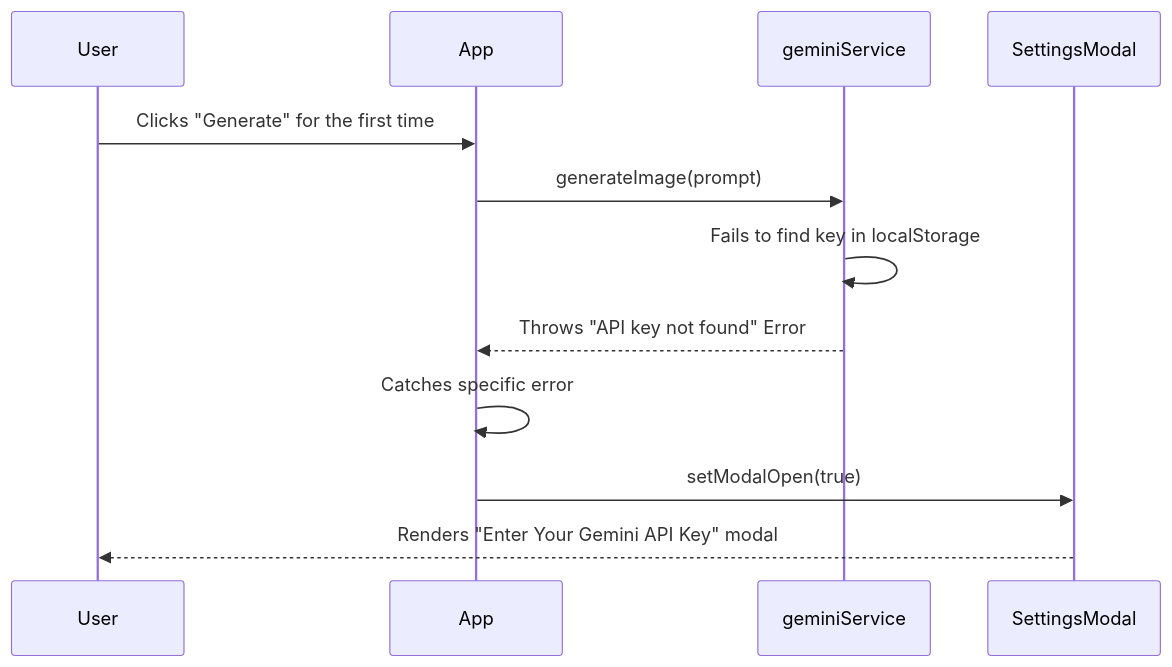
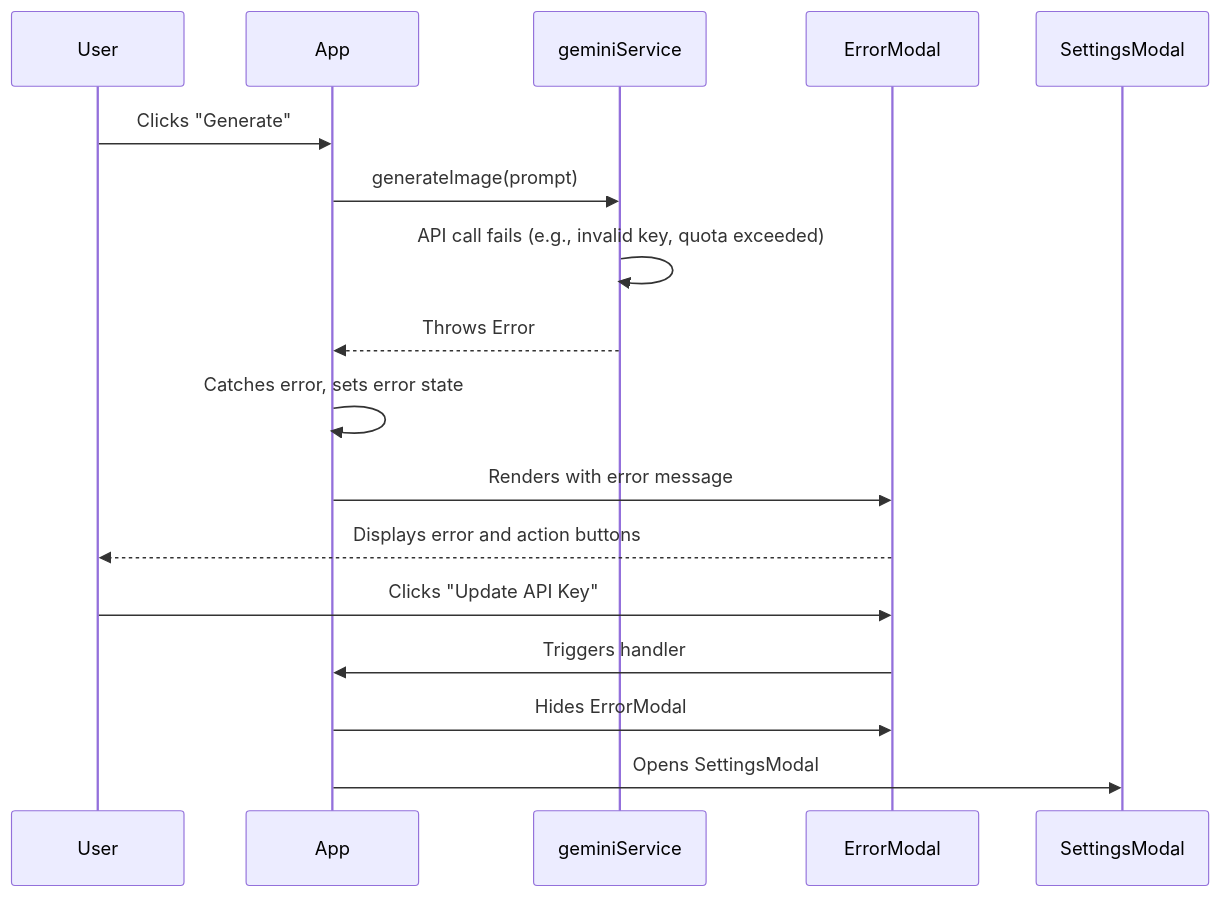
One commit to tydev-new/BananaPeel changed the fourth of 4 diagrams in DESIGN.md. Above: the diagram before and after it, drawn with Mermaid. The commit also changed other lines of this file and 14 other files, not shown here.

````diff
--- a/DESIGN.md
+++ b/DESIGN.md
@@ -194,16 +204,22 @@
 ```mermaid
 sequenceDiagram
     participant User
     participant App
     participant geminiService
+    participant ErrorModal
     participant SettingsModal
 
-    User->>App: Clicks "Generate" for the first time
+    User->>App: Clicks "Generate"
     App->>geminiService: generateImage(prompt)
-    geminiService->>geminiService: Fails to find key in localStorage
-    geminiService-->>App: Throws "API key not found" Error
+    geminiService->>geminiService: API call fails (e.g., invalid key, quota exceeded)
+    geminiService-->>App: Throws Error
     
-    App->>App: Catches specific error
-    App->>SettingsModal: setModalOpen(true)
-    SettingsModal-->>User: Renders "Enter Your Gemini API Key" modal
+    App->>App: Catches error, sets error state
+    App->>ErrorModal: Renders with error message
+    ErrorModal-->>User: Displays error and action buttons
+    
+    User->>ErrorModal: Clicks "Update API Key"
+    ErrorModal->>App: Triggers handler
+    App->>ErrorModal: Hides ErrorModal
+    App->>SettingsModal: Opens SettingsModal
 ```
````
